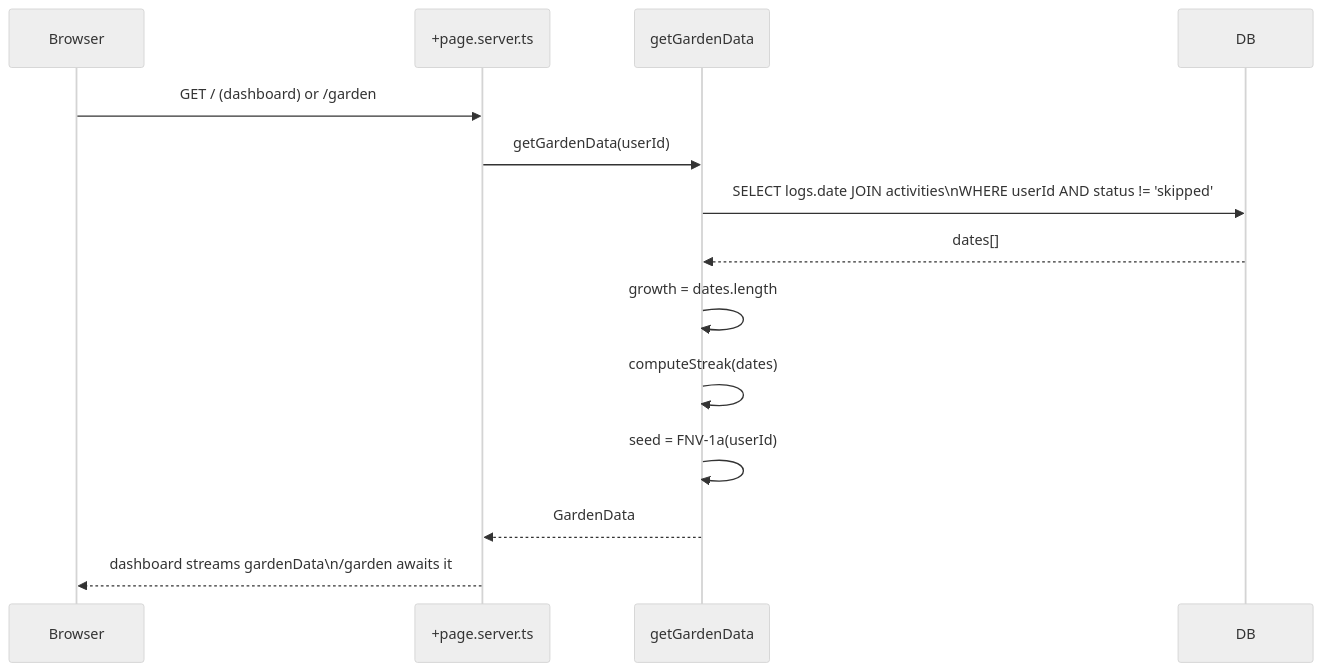
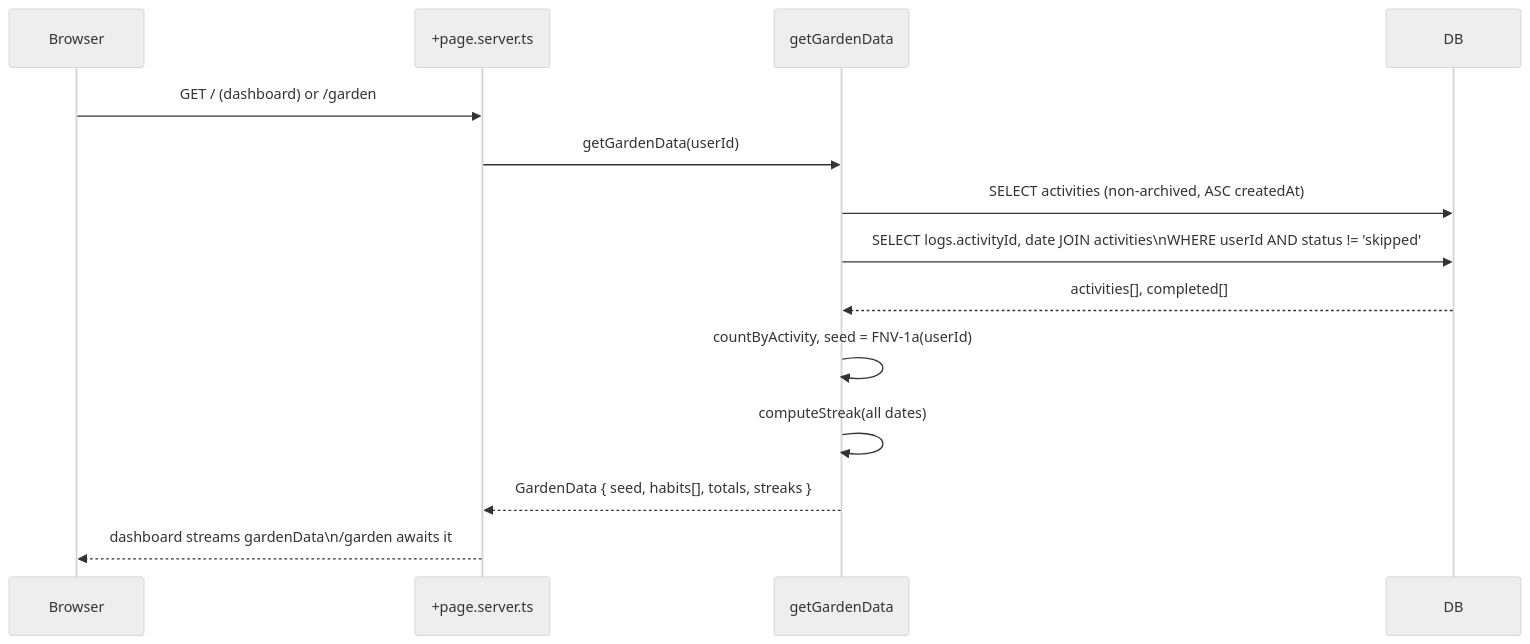
One commit to vojtechmarek-dev/rootine changed the third of 5 diagrams in docs/features/root-system-garden.md. Above: the diagram before and after it, drawn with Mermaid (neutral theme). The commit also changed other lines of this file and 14 other files, not shown here.

````diff
--- a/docs/features/root-system-garden.md
+++ b/docs/features/root-system-garden.md
@@ -53,17 +90,17 @@
 ```mermaid
 sequenceDiagram
     participant Browser
     participant PageServer as +page.server.ts
     participant Garden as getGardenData
     participant DB
 
     Browser->>PageServer: GET / (dashboard) or /garden
     PageServer->>Garden: getGardenData(userId)
-    Garden->>DB: SELECT logs.date JOIN activities\nWHERE userId AND status != 'skipped'
-    DB-->>Garden: dates[]
-    Garden->>Garden: growth = dates.length
-    Garden->>Garden: computeStreak(dates)
-    Garden->>Garden: seed = FNV-1a(userId)
-    Garden-->>PageServer: GardenData
+    Garden->>DB: SELECT activities (non-archived, ASC createdAt)
+    Garden->>DB: SELECT logs.activityId, date JOIN activities\nWHERE userId AND status != 'skipped'
+    DB-->>Garden: activities[], completed[]
+    Garden->>Garden: countByActivity, seed = FNV-1a(userId)
+    Garden->>Garden: computeStreak(all dates)
+    Garden-->>PageServer: GardenData { seed, habits[], totals, streaks }
     PageServer-->>Browser: dashboard streams gardenData\n/garden awaits it
 ```
````
